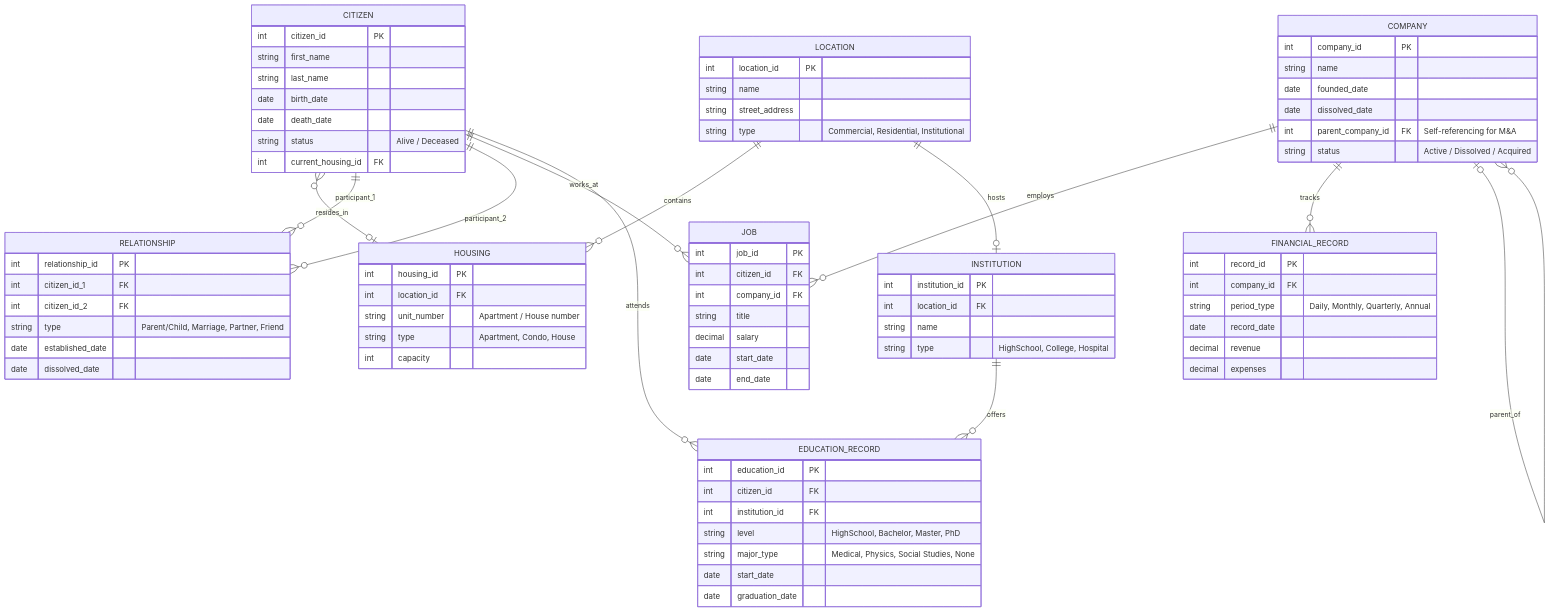
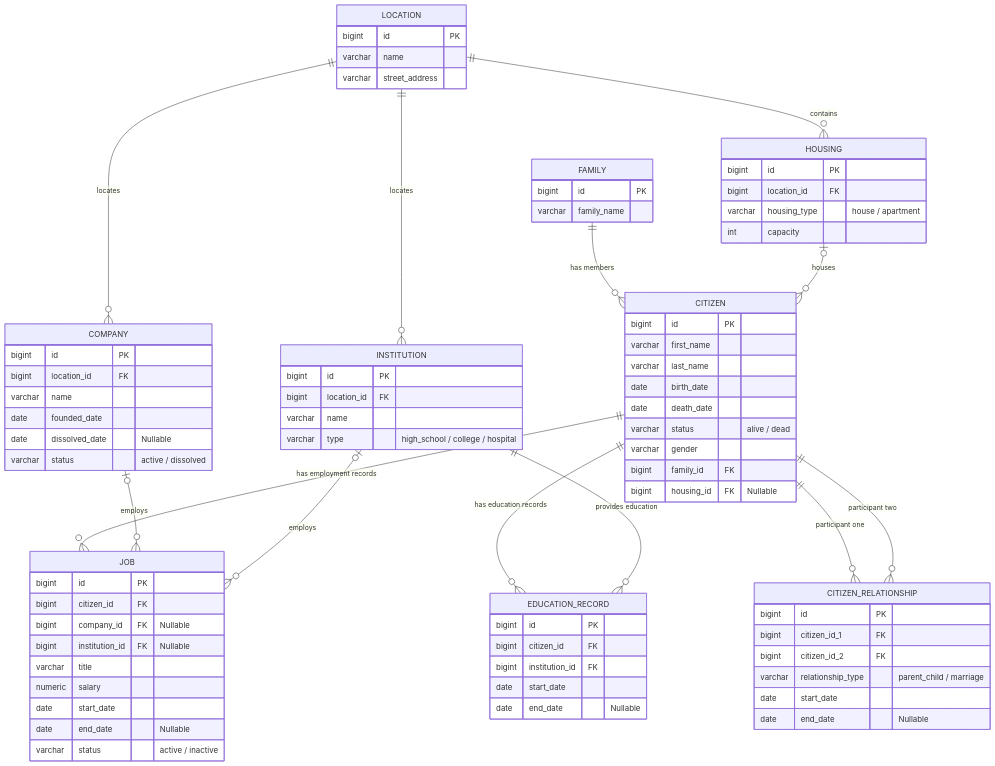
One commit to Gervig/Smart-City changed the third of 3 diagrams in README.md. Above: the diagram before and after it, drawn with Mermaid. The commit also changed other lines of this file, not shown here.

````diff
--- a/README.md
+++ b/README.md
@@ -24,96 +150,93 @@
 ```mermaid
 erDiagram
+    FAMILY {
+        bigint id PK
+        varchar family_name
+    }
+
     CITIZEN {
-        int citizen_id PK
-        string first_name
-        string last_name
+        bigint id PK
+        varchar first_name
+        varchar last_name
         date birth_date
         date death_date
-        string status "Alive / Deceased"
-        int current_housing_id FK
+        varchar status "alive / dead"
+        varchar gender
+        bigint family_id FK
+        bigint housing_id FK "Nullable"
     }
 
-    RELATIONSHIP {
-        int relationship_id PK
-        int citizen_id_1 FK
-        int citizen_id_2 FK
-        string type "Parent/Child, Marriage, Partner, Friend"
-        date established_date
-        date dissolved_date
+    CITIZEN_RELATIONSHIP {
+        bigint id PK
+        bigint citizen_id_1 FK
+        bigint citizen_id_2 FK
+        varchar relationship_type "parent_child / marriage"
+        date start_date
+        date end_date "Nullable"
+    }
+
+    LOCATION {
+        bigint id PK
+        varchar name
+        varchar street_address
+    }
+
+    HOUSING {
+        bigint id PK
+        bigint location_id FK
+        varchar housing_type "house / apartment"
+        int capacity
     }
 
     COMPANY {
-        int company_id PK
-        string name
+        bigint id PK
+        bigint location_id FK
+        varchar name
         date founded_date
-        date dissolved_date
-        int parent_company_id FK "Self-referencing for M&A"
-        string status "Active / Dissolved / Acquired"
+        date dissolved_date "Nullable"
+        varchar status "active / dissolved"
     }
 
-    FINANCIAL_RECORD {
-        int record_id PK
-        int company_id FK
-        string period_type "Daily, Monthly, Quarterly, Annual"
-        date record_date
-        decimal revenue
-        decimal expenses
-    }
-
-    LOCATION {
-        int location_id PK
-        string name
-        string street_address
-        string type "Commercial, Residential, Institutional"
-    }
-
-    HOUSING {
-        int housing_id PK
-        int location_id FK
-        string unit_number "Apartment / House number"
-        string type "Apartment, Condo, House"
-        int capacity
+    INSTITUTION {
+        bigint id PK
+        bigint location_id FK
+        varchar name
+        varchar type "high_school / college / hospital"
     }
 
     JOB {
-        int job_id PK
-        int citizen_id FK
-        int company_id FK
-        string title
-        decimal salary
+        bigint id PK
+        bigint citizen_id FK
+        bigint company_id FK "Nullable"
+        bigint institution_id FK "Nullable"
+        varchar title
+        numeric salary
         date start_date
-        date end_date
-    }
-
-    INSTITUTION {
-        int institution_id PK
-        int location_id FK
-        string name
-        string type "HighSchool, College, Hospital"
+        date end_date "Nullable"
+        varchar status "active / inactive"
     }
 
     EDUCATION_RECORD {
-        int education_id PK
-        int citizen_id FK
-        int institution_id FK
-        string level "HighSchool, Bachelor, Master, PhD"
-        string major_type "Medical, Physics, Social Studies, None"
+        bigint id PK
+        bigint citizen_id FK
+        bigint institution_id FK
         date start_date
-        date graduation_date
+        date end_date "Nullable"
     }
 
-    CITIZEN }o--o| HOUSING : "resides_in"
+    FAMILY ||--o{ CITIZEN : "has members"
+    HOUSING o|--o{ CITIZEN : "houses"
     LOCATION ||--o{ HOUSING : "contains"
-    LOCATION ||--o| INSTITUTION : "hosts"
+    LOCATION ||--o{ COMPANY : "locates"
+    LOCATION ||--o{ INSTITUTION : "locates"
 
-    CITIZEN ||--o{ RELATIONSHIP : "participant_1"
-    CITIZEN ||--o{ RELATIONSHIP : "participant_2"
+    CITIZEN ||--o{ JOB : "has employment records"
+    COMPANY o|--o{ JOB : "employs"
+    INSTITUTION o|--o{ JOB : "employs"
 
-    COMPANY ||--o{ JOB : "employs"
-    CITIZEN ||--o{ JOB : "works_at"
-    COMPANY ||--o{ FINANCIAL_RECORD : "tracks"
-    COMPANY o|--o{ COMPANY : "parent_of"
+    CITIZEN ||--o{ EDUCATION_RECORD : "has education records"
+    INSTITUTION ||--o{ EDUCATION_RECORD : "provides education"
 
-    INSTITUTION ||--o{ EDUCATION_RECORD : "offers"
-    CITIZEN ||--o{ EDUCATION_RECORD : "attends"
+    CITIZEN ||--o{ CITIZEN_RELATIONSHIP : "participant one"
+    CITIZEN ||--o{ CITIZEN_RELATIONSHIP : "participant two"
 ```
````
